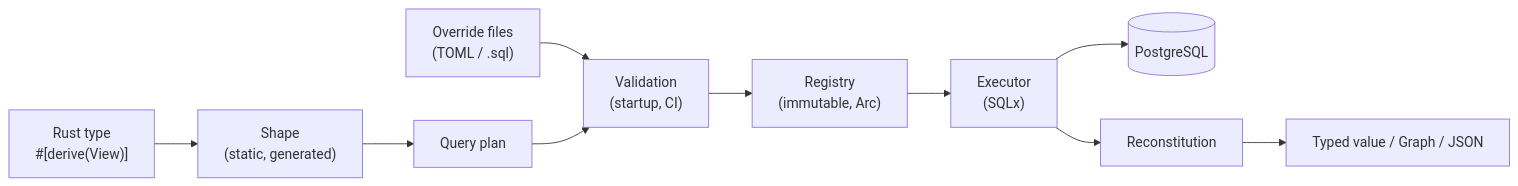
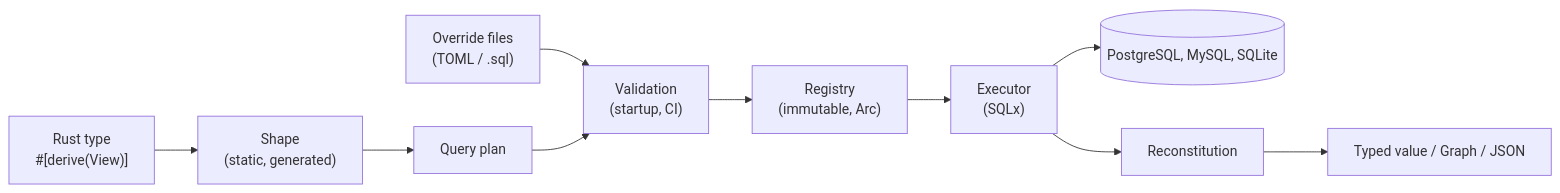
Before and after one commit to ddalton/mabat: the first of 4 diagrams in docs/design.md, drawn with Mermaid. The commit also changed other lines of this file, not shown here.

````diff
--- a/docs/design.md
+++ b/docs/design.md
@@ -136,12 +137,12 @@
 ```mermaid
 flowchart LR
     T["Rust type<br/>#[derive(View)]"] --> S["Shape<br/>(static, generated)"]
     S --> P["Query plan"]
     O["Override files<br/>(TOML / .sql)"] --> V["Validation<br/>(startup, CI)"]
     P --> V
     V --> R["Registry<br/>(immutable, Arc)"]
     R --> E["Executor<br/>(SQLx)"]
-    E --> D[("PostgreSQL")]
+    E --> D[("PostgreSQL, MySQL, SQLite")]
     E --> X["Reconstitution"]
     X --> Out["Typed value / Graph / JSON"]
 ```
````
